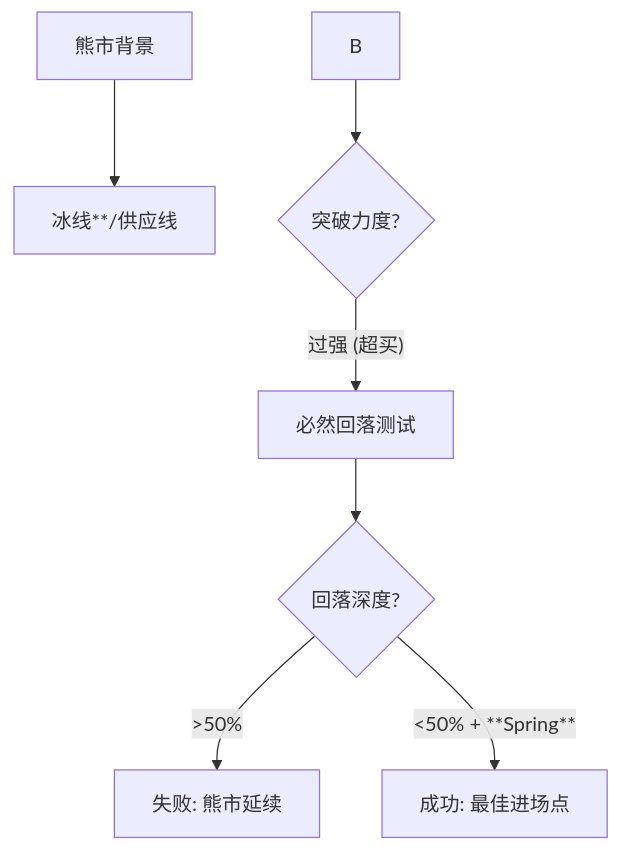
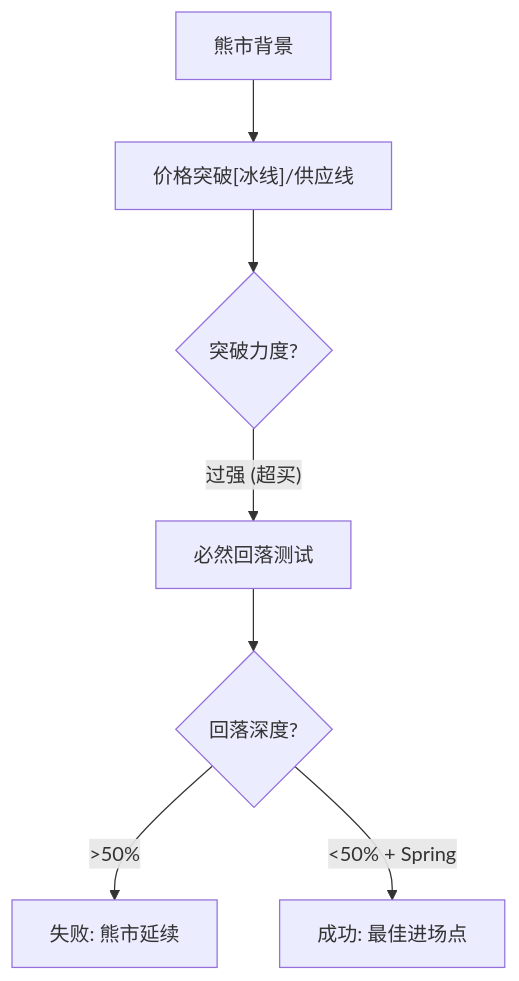
One commit to bigzhu/Wyckoff changed the first of 2 diagrams in docs/第五章_综合分析与实战演练/第四节_冰线交易法与SOT停止行为.md. Above: the diagram before and after it, drawn with Mermaid. The commit also changed other lines of this file and 9 other files, not shown here.

````diff
--- a/docs/第五章_综合分析与实战演练/第四节_冰线交易法与SOT停止行为.md
+++ b/docs/第五章_综合分析与实战演练/第四节_冰线交易法与SOT停止行为.md
@@ -24,9 +24,9 @@
 ```mermaid
 graph TD
-    A[熊市背景] --> B价格突破**[冰线**/供应线]
-    B --> C{突破力度?}
-    C -- 过强 (超买) --> D[必然回落测试]
-    D --> E{回落深度?}
-    E -- >50% --> F["失败: 熊市延续"]
-    E -- <50% + **Spring** --> G["成功: 最佳进场点"]
+    A["熊市背景"] --> B["价格突破[冰线]/供应线"]
+    B --> C{"突破力度?"}
+    C -->|"过强 (超买)"| D["必然回落测试"]
+    D --> E{"回落深度?"}
+    E -->|">50%"| F["失败: 熊市延续"]
+    E -->|"<50% + Spring"| G["成功: 最佳进场点"]
 ```
````
